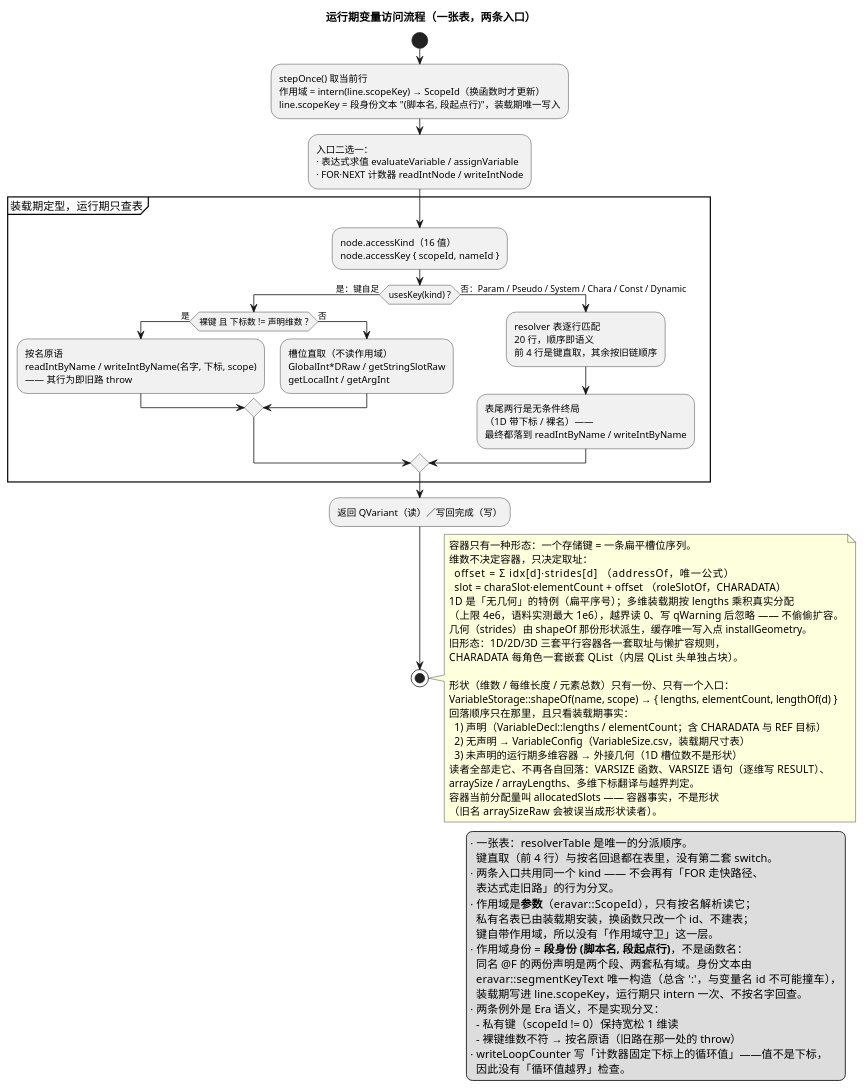
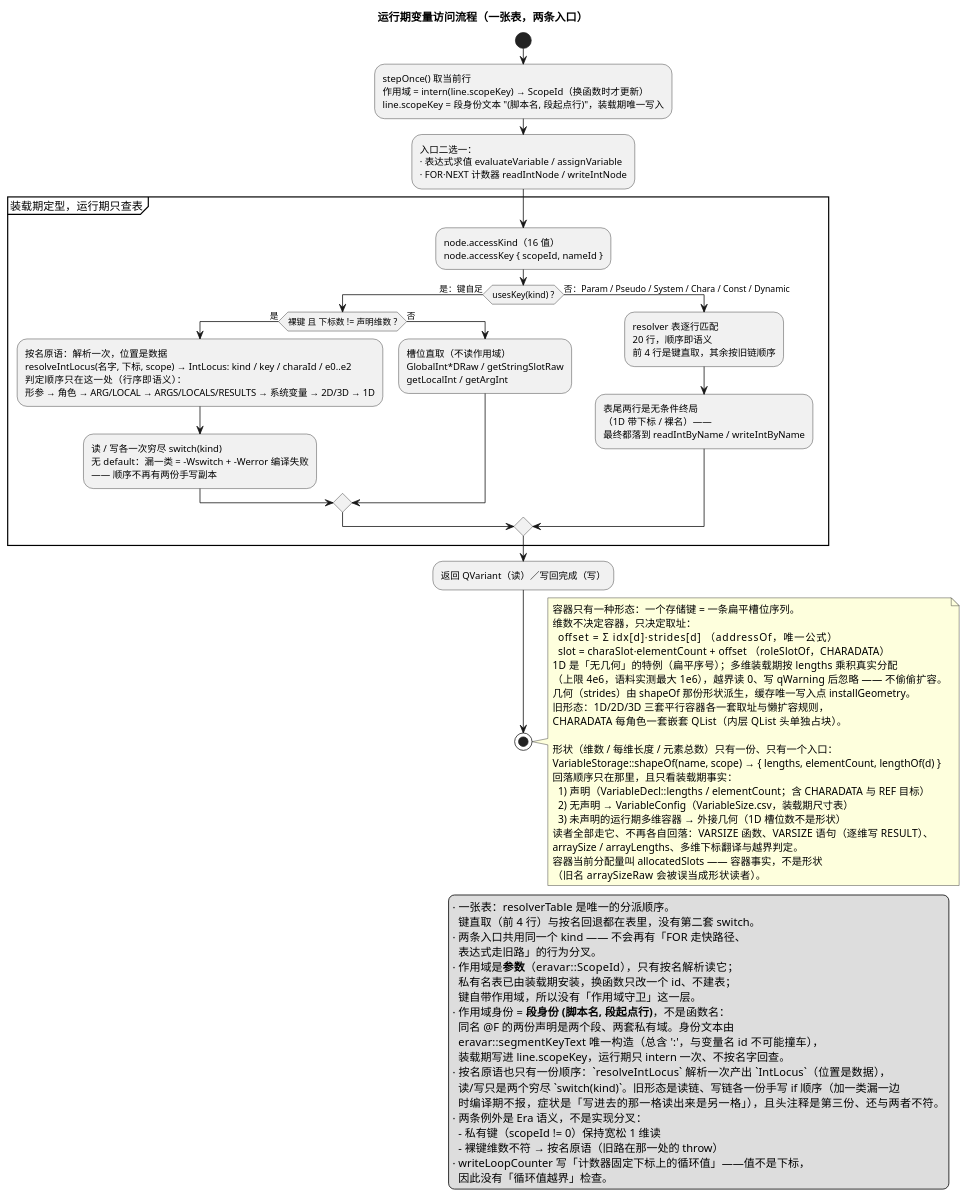
One commit to yigekuyou/qt-eraemu changed the diagram in docs/uml/05-variable-access.puml. Above: the diagram before and after it, drawn with PlantUML. The commit also changed 2 other files, not shown here.

Commit message:
docs/uml 同步：按名原语的解析顺序单一化（IntLocus）
03：VariableStorage 增 resolveIntLocus / IntLocus / IntLocusKind，两个按名原语
改注「解析一次 -> switch kind」「无 default，漏一类 = 编译失败」。
05：按名原语框从「readIntByName/writeIntByName」改成「解析一次，位置是数据」；
legend 增一条旧形态记账（读链/写链/头注释三份副本，加一类漏一边编译期不报）。
README：口径条目改写为「单一按名原语，且顺序只有一份」，累计 37、ctest 63。

```diff
--- a/docs/uml/05-variable-access.puml
+++ b/docs/uml/05-variable-access.puml
@@ -1,83 +1,90 @@
 @startuml 05-variable-access
 ' 无 graphviz(dot) 时用 PlantUML 内置 smetana 布局引擎
 !pragma layout smetana
 ' 竖直排列 if/elseif，避免横向漂移（旧版本忽略此行也能渲染）
 !pragma useVerticalIf on
 ' emuera —— 运行期变量访问：两条入口 → 一张表 → 唯一按名原语
 ' 渲染：plantuml -tpng docs/uml/05-variable-access.puml
 title 运行期变量访问流程（一张表，两条入口）
 
 start
 :stepOnce() 取当前行
 作用域 = intern(line.scopeKey) → ScopeId（换函数时才更新）
 line.scopeKey = 段身份文本 "(脚本名, 段起点行)"，装载期唯一写入;
 :入口二选一：
 · 表达式求值 evaluateVariable / assignVariable
 · FOR·NEXT 计数器 readIntNode / writeIntNode;
 
 partition "装载期定型，运行期只查表" {
   :node.accessKind（16 值）
   node.accessKey { scopeId, nameId };
   if (usesKey(kind) ?) then (是：键自足)
     if (裸键 且 下标数 != 声明维数 ?) then (是)
-      :按名原语
-      readIntByName / writeIntByName(名字, 下标, scope)
-      —— 其行为即旧路 throw;
+      :按名原语：解析一次，位置是数据
+      resolveIntLocus(名字, 下标, scope) → IntLocus: kind / key / charaId / e0..e2
+      判定顺序只在这一处（行序即语义）：
+      形参 → 角色 → ARG/LOCAL → ARGS/LOCALS/RESULTS → 系统变量 → 2D/3D → 1D;
+      :读 / 写各一次穷尽 switch(kind)
+      无 default：漏一类 = -Wswitch + -Werror 编译失败
+      —— 顺序不再有两份手写副本;
     else (否)
       :槽位直取（不读作用域）
       GlobalInt*DRaw / getStringSlotRaw
       getLocalInt / getArgInt;
     endif
   else (否：Param / Pseudo / System / Chara / Const / Dynamic)
     :resolver 表逐行匹配
     20 行，顺序即语义
     前 4 行是键直取，其余按旧链顺序;
     :表尾两行是无条件终局
     （1D 带下标 / 裸名）——
     最终都落到 readIntByName / writeIntByName;
   endif
 }
 :返回 QVariant（读）／写回完成（写）;
 stop
 
 legend right
   · 一张表：resolverTable 是唯一的分派顺序。
     键直取（前 4 行）与按名回退都在表里，没有第二套 switch。
   · 两条入口共用同一个 kind —— 不会再有「FOR 走快路径、
     表达式走旧路」的行为分叉。
   · 作用域是**参数**（eravar::ScopeId），只有按名解析读它；
     私有名表已由装载期安装，换函数只改一个 id、不建表；
     键自带作用域，所以没有「作用域守卫」这一层。
   · 作用域身份 = **段身份 (脚本名, 段起点行)**，不是函数名：
     同名 @F 的两份声明是两个段、两套私有域。身份文本由
     eravar::segmentKeyText 唯一构造（总含 ':'，与变量名 id 不可能撞车），
     装载期写进 line.scopeKey，运行期只 intern 一次、不按名字回查。
+  · 按名原语也只有一份顺序：`resolveIntLocus` 解析一次产出 `IntLocus`（位置是数据），
+    读/写只是两个穷尽 `switch(kind)`。旧形态是读链、写链各一份手写 if 顺序（加一类漏一边
+    时编译期不报，症状是「写进去的那一格读出来是另一格」），且头注释是第三份、还与两者不符。
   · 两条例外是 Era 语义，不是实现分叉：
     - 私有键（scopeId != 0）保持宽松 1 维读
     - 裸键维数不符 → 按名原语（旧路在那一处的 throw）
   · writeLoopCounter 写「计数器固定下标上的循环值」——值不是下标，
     因此没有「循环值越界」检查。
 endlegend
 note right
   容器只有一种形态：一个存储键 = 一条扁平槽位序列。
   维数不决定容器，只决定取址：
     offset = Σ idx[d]·strides[d]             （addressOf，唯一公式）
     slot   = charaSlot·elementCount + offset （roleSlotOf，CHARADATA）
   1D 是「无几何」的特例（扁平序号）；多维装载期按 lengths 乘积真实分配
   （上限 4e6，语料实测最大 1e6），越界读 0、写 qWarning 后忽略 —— 不偷偷扩容。
   几何（strides）由 shapeOf 那份形状派生，缓存唯一写入点 installGeometry。
   旧形态：1D/2D/3D 三套平行容器各一套取址与懒扩容规则，
   CHARADATA 每角色一套嵌套 QList（内层 QList 头单独占块）。
 
   形状（维数 / 每维长度 / 元素总数）只有一份、只有一个入口：
   VariableStorage::shapeOf(name, scope) → { lengths, elementCount, lengthOf(d) }
   回落顺序只在那里，且只看装载期事实：
     1) 声明（VariableDecl::lengths / elementCount；含 CHARADATA 与 REF 目标）
     2) 无声明 → VariableConfig（VariableSize.csv，装载期尺寸表）
     3) 未声明的运行期多维容器 → 外接几何（1D 槽位数不是形状）
   读者全部走它、不再各自回落：VARSIZE 函数、VARSIZE 语句（逐维写 RESULT）、
   arraySize / arrayLengths、多维下标翻译与越界判定。
   容器当前分配量叫 allocatedSlots —— 容器事实，不是形状
   （旧名 arraySizeRaw 会被误当成形状读者）。
 end note
 @enduml
```
